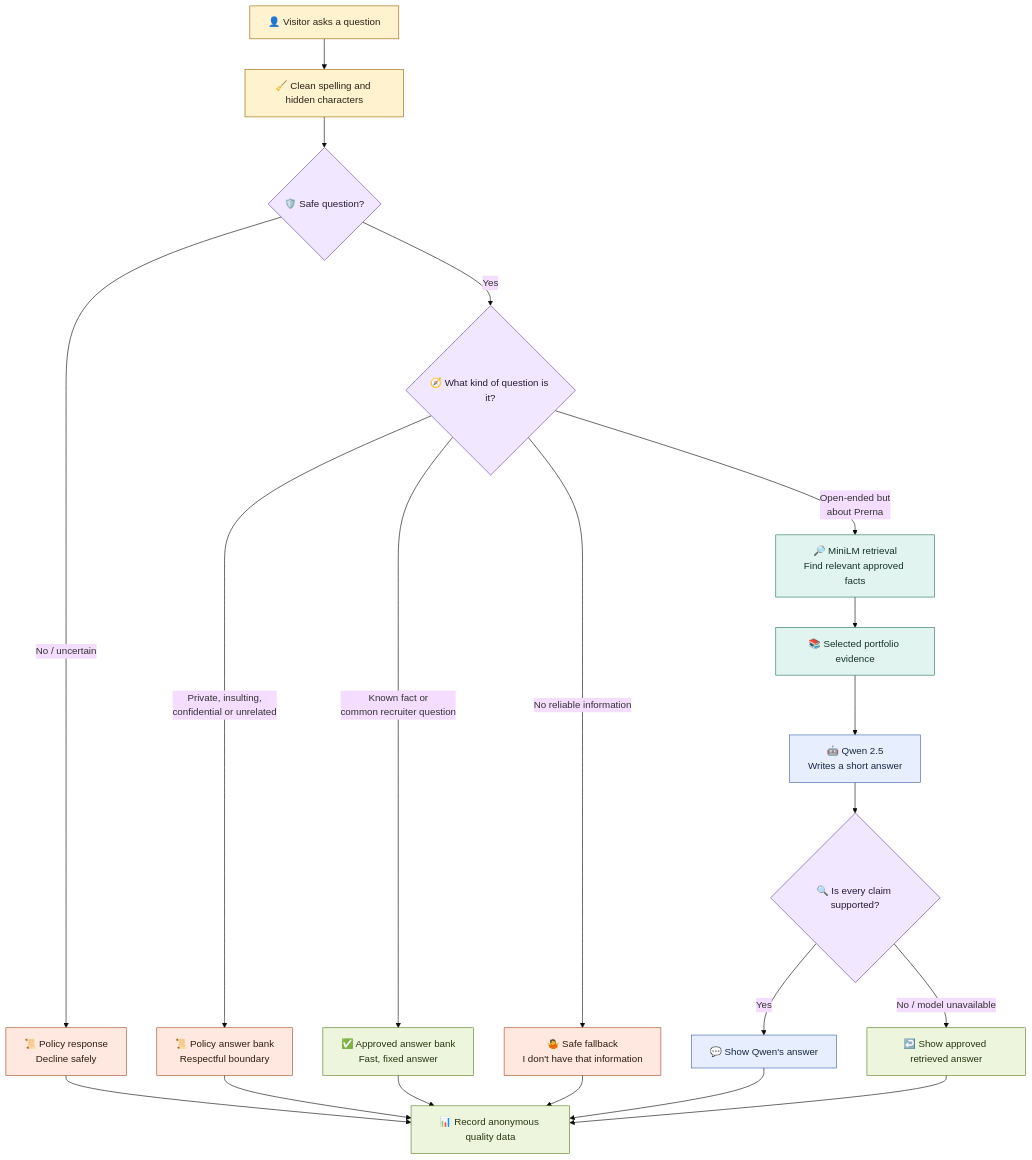
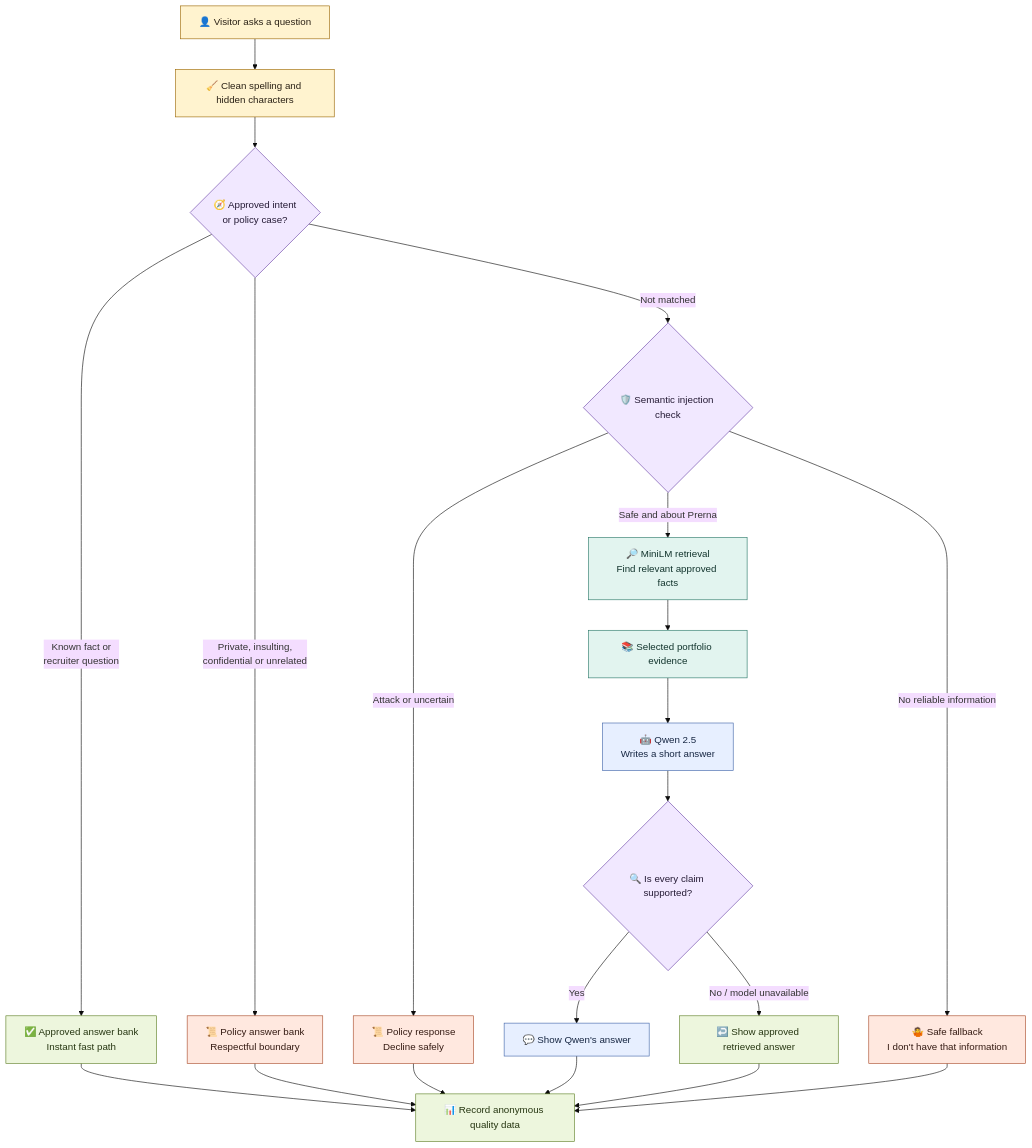
One commit to robona-pk/portfolio changed the first of 2 diagrams in README.md. Above: the diagram before and after it, drawn with Mermaid (base theme). The commit also changed other lines of this file and 3 other files, not shown here.

````diff
--- a/README.md
+++ b/README.md
@@ -53,40 +53,40 @@
 ```mermaid
 flowchart TD
     A["👤 Visitor asks a question"] --> B["🧹 Clean spelling and hidden characters"]
-    B --> C{"🛡️ Safe question?"}
+    B --> C{"🧭 Approved intent<br/>or policy case?"}
 
-    C -- "No / uncertain" --> D["📜 Policy response<br/>Decline safely"]
-    C -- "Yes" --> E{"🧭 What kind of question is it?"}
+    C -- "Known fact or<br/>recruiter question" --> G["✅ Approved answer bank<br/>Instant fast path"]
+    C -- "Private, insulting,<br/>confidential or unrelated" --> F["📜 Policy answer bank<br/>Respectful boundary"]
+    C -- "Not matched" --> E{"🛡️ Semantic injection check"}
 
-    E -- "Private, insulting,<br/>confidential or unrelated" --> F["📜 Policy answer bank<br/>Respectful boundary"]
-    E -- "Known fact or<br/>common recruiter question" --> G["✅ Approved answer bank<br/>Fast, fixed answer"]
-    E -- "Open-ended but<br/>about Prerna" --> H["🔎 MiniLM retrieval<br/>Find relevant approved facts"]
+    E -- "Attack or uncertain" --> D["📜 Policy response<br/>Decline safely"]
+    E -- "Safe and about Prerna" --> H["🔎 MiniLM retrieval<br/>Find relevant approved facts"]
     E -- "No reliable information" --> I["🤷 Safe fallback<br/>I don't have that information"]
 
     H --> J["📚 Selected portfolio evidence"]
     J --> K["🤖 Qwen 2.5<br/>Writes a short answer"]
     K --> L{"🔍 Is every claim supported?"}
     L -- "Yes" --> M["💬 Show Qwen's answer"]
     L -- "No / model unavailable" --> N["↩️ Show approved retrieved answer"]
 
     D --> O["📊 Record anonymous quality data"]
     F --> O
     G --> O
     I --> O
     M --> O
     N --> O
 
     classDef visitor fill:#fff3cf,stroke:#9a6500,color:#2a2115;
     classDef decision fill:#f1e8ff,stroke:#6941a5,color:#251b35;
     classDef policy fill:#ffe8df,stroke:#a84a28,color:#351b13;
     classDef retrieval fill:#e2f4ef,stroke:#277766,color:#12342d;
     classDef ai fill:#e7efff,stroke:#3f64a8,color:#172743;
     classDef output fill:#edf6dd,stroke:#5d7f25,color:#263611;
 
     class A,B visitor;
     class C,E,L decision;
     class D,F,I policy;
     class H,J retrieval;
     class K,M ai;
     class G,N,O output;
 ```
````
